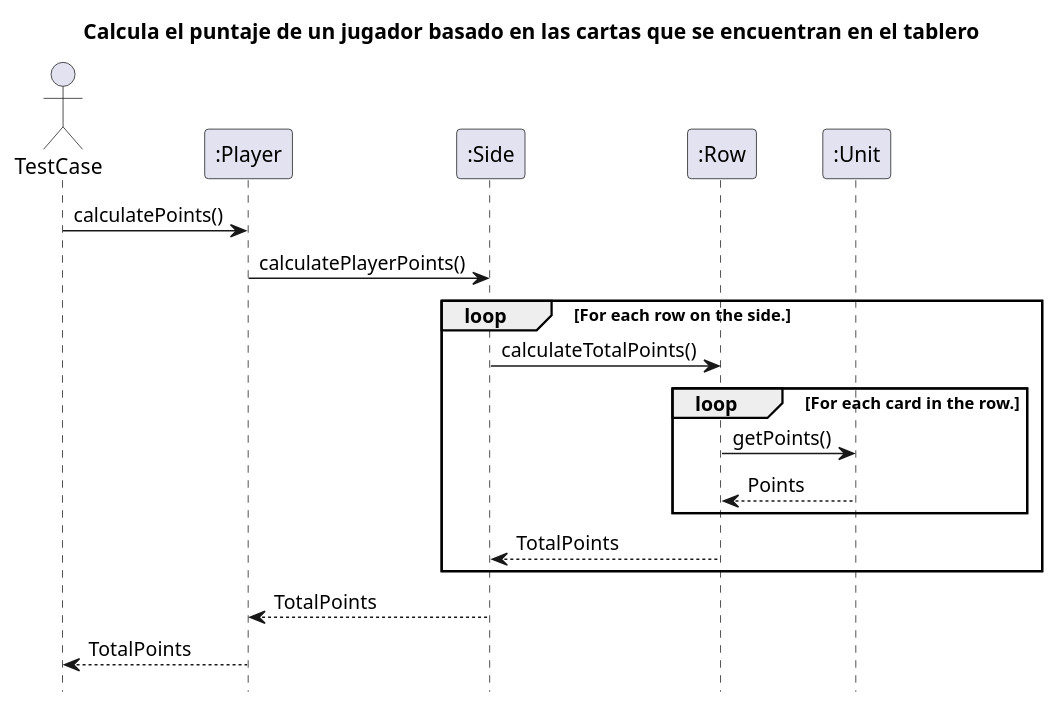
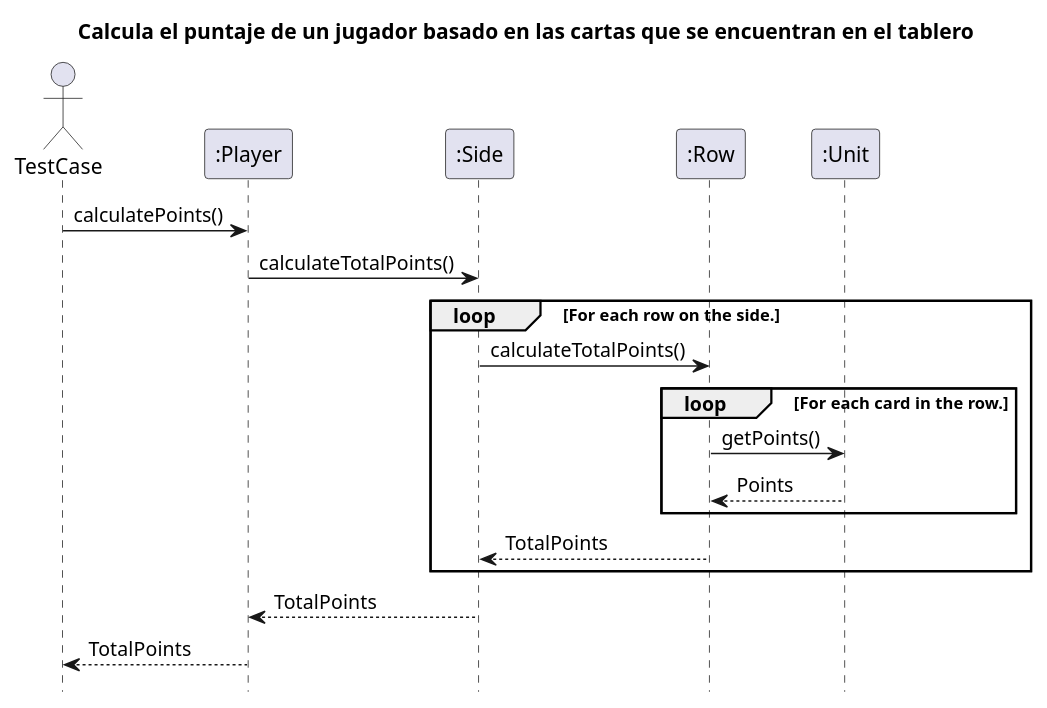
One commit to Yonhir/algo3_proyecto_base_tp2 changed the diagram in diagrams/sequences/seq1.plantuml. Above: the diagram before and after it, drawn with PlantUML. The commit also changed 1 other file, not shown here.

```diff
--- a/diagrams/sequences/seq1.plantuml
+++ b/diagrams/sequences/seq1.plantuml
@@ -1,30 +1,30 @@
 @startuml
 
 hide footbox
 title Calcula el puntaje de un jugador basado en las cartas que se encuentran en el tablero
 
 actor TestCase
 
 participant ":Player" as player
 participant ":Side" as side
 participant ":Row" as row
 participant ":Unit" as unit
 
 TestCase -> player : calculatePoints()
-player -> side : calculatePlayerPoints()
+player -> side : calculateTotalPoints()
 
 loop For each row on the side.
     side -> row : calculateTotalPoints()
 
     loop For each card in the row.
         row -> unit : getPoints()
         unit --> row : Points
     end
 
     row --> side : TotalPoints
 end
 
 side --> player : TotalPoints
 player --> TestCase : TotalPoints
 
 @enduml
```
